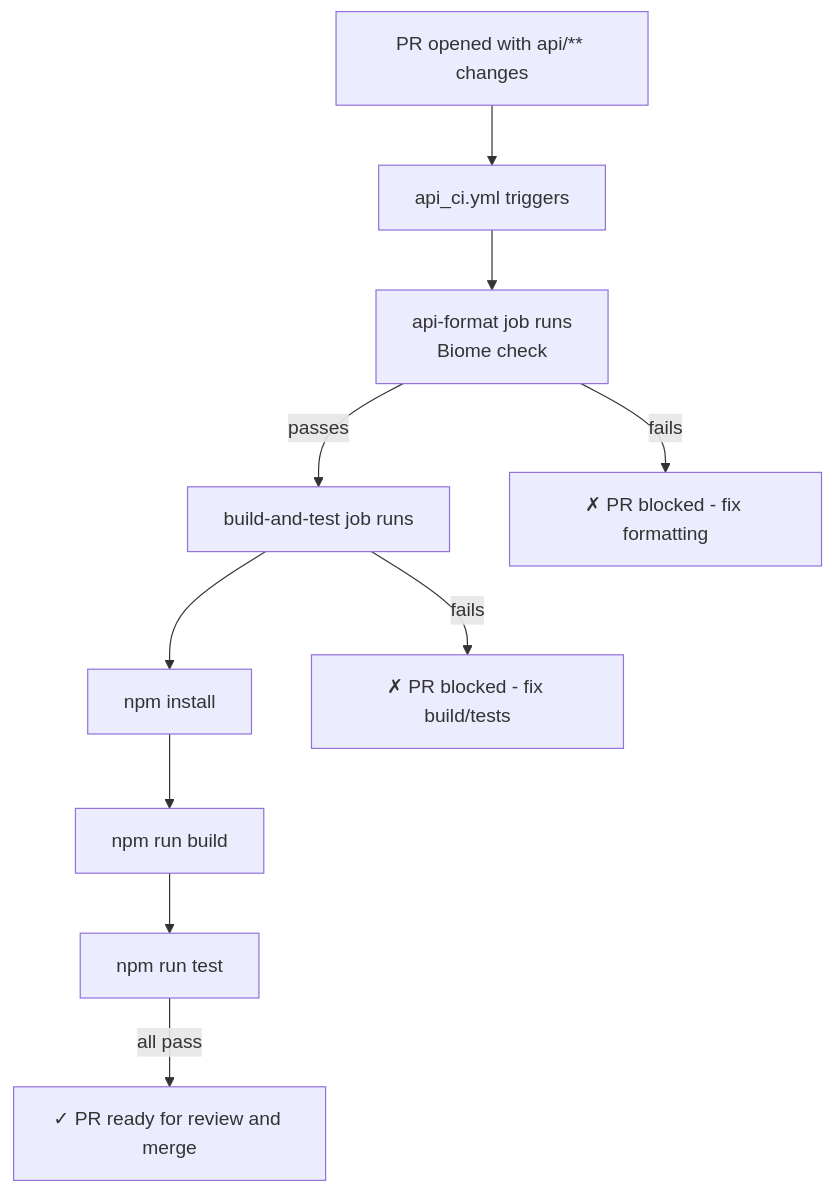
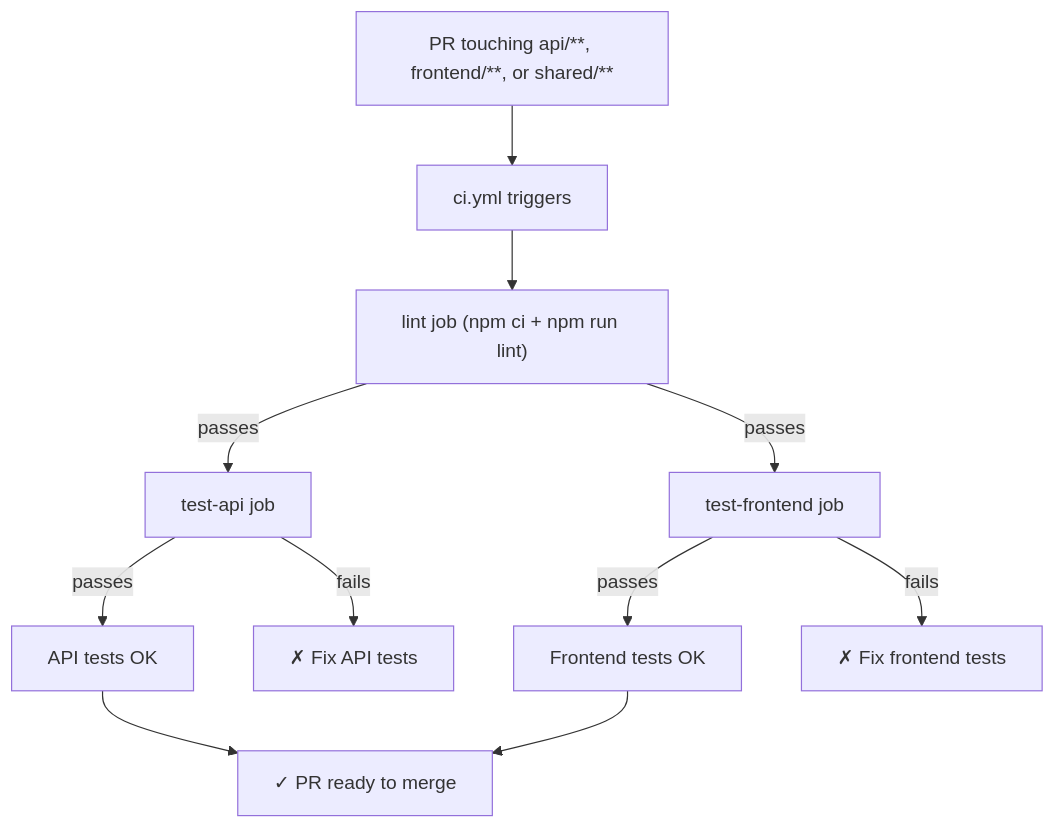
One commit to victoriacheng15/cover-craft changed the first of 3 diagrams in docs/devops_practice.md. Above: the diagram before and after it, drawn with Mermaid. The commit also changed other lines of this file and 1 other file, not shown here.

Commit message:
update devops practice docs and format files (#77)

````diff
--- a/docs/devops_practice.md
+++ b/docs/devops_practice.md
@@ -158,12 +132,13 @@
 ```mermaid
 graph TD
-    A["PR opened with api/** changes"] --> B["api_ci.yml triggers"]
-    B --> C["api-format job runs<br/>Biome check"]
-    C -->|passes| D["build-and-test job runs"]
-    D --> E["npm install"]
-    E --> F["npm run build"]
-    F --> G["npm run test"]
-    G -->|all pass| H["✓ PR ready for review and merge"]
-    C -->|fails| I["✗ PR blocked - fix formatting"]
-    D -->|fails| J["✗ PR blocked - fix build/tests"]
+    A["PR touching api/**, frontend/**, or shared/**"] --> B["ci.yml triggers"]
+    B --> C["lint job (npm ci + npm run lint)"]
+    C -->|passes| D["test-api job"]
+    C -->|passes| E["test-frontend job"]
+    D -->|passes| F["API tests OK"]
+    E -->|passes| G["Frontend tests OK"]
+    F --> H["✓ PR ready to merge"]
+    G --> H
+    D -->|fails| I["✗ Fix API tests"]
+    E -->|fails| J["✗ Fix frontend tests"]
 ```
````
